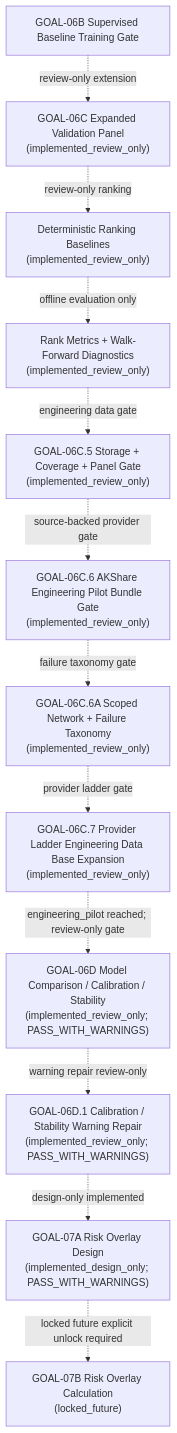
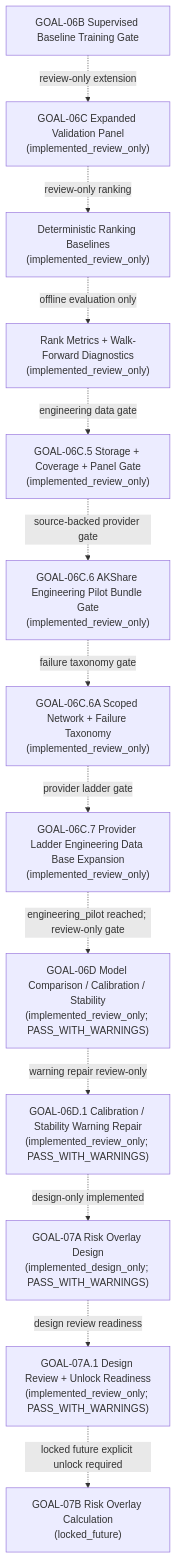
Before and after one commit to RyanLu0203/A_share_premarket_core: the second of 2 diagrams in README.md, drawn with Mermaid. The commit also changed other lines of this file and 55 other files, not shown here.

Commit message:
Add GOAL-07A.1 design review gate

````diff
--- a/README.md
+++ b/README.md
@@ -91,14 +98,15 @@
 ```mermaid
 flowchart TD
     A["GOAL-06B Supervised Baseline Training Gate"] -. "review-only extension" .-> B["GOAL-06C Expanded Validation Panel<br/>(implemented_review_only)"]
     B -. "review-only ranking" .-> C["Deterministic Ranking Baselines<br/>(implemented_review_only)"]
     C -. "offline evaluation only" .-> D["Rank Metrics + Walk-Forward Diagnostics<br/>(implemented_review_only)"]
     D -. "engineering data gate" .-> E["GOAL-06C.5 Storage + Coverage + Panel Gate<br/>(implemented_review_only)"]
     E -. "source-backed provider gate" .-> G["GOAL-06C.6 AKShare Engineering Pilot Bundle Gate<br/>(implemented_review_only)"]
     G -. "failure taxonomy gate" .-> H["GOAL-06C.6A Scoped Network + Failure Taxonomy<br/>(implemented_review_only)"]
     H -. "provider ladder gate" .-> I["GOAL-06C.7 Provider Ladder Engineering Data Base Expansion<br/>(implemented_review_only)"]
     I -. "engineering_pilot reached; review-only gate" .-> F["GOAL-06D Model Comparison / Calibration / Stability<br/>(implemented_review_only; PASS_WITH_WARNINGS)"]
     F -. "warning repair review-only" .-> I2["GOAL-06D.1 Calibration / Stability Warning Repair<br/>(implemented_review_only; PASS_WITH_WARNINGS)"]
     I2 -. "design-only implemented" .-> J["GOAL-07A Risk Overlay Design<br/>(implemented_design_only; PASS_WITH_WARNINGS)"]
-    J -. "locked future explicit unlock required" .-> K["GOAL-07B Risk Overlay Calculation<br/>(locked_future)"]
+    J -. "design review readiness" .-> J2["GOAL-07A.1 Design Review + Unlock Readiness<br/>(implemented_review_only; PASS_WITH_WARNINGS)"]
+    J2 -. "locked future explicit unlock required" .-> K["GOAL-07B Risk Overlay Calculation<br/>(locked_future)"]
 ```
````
